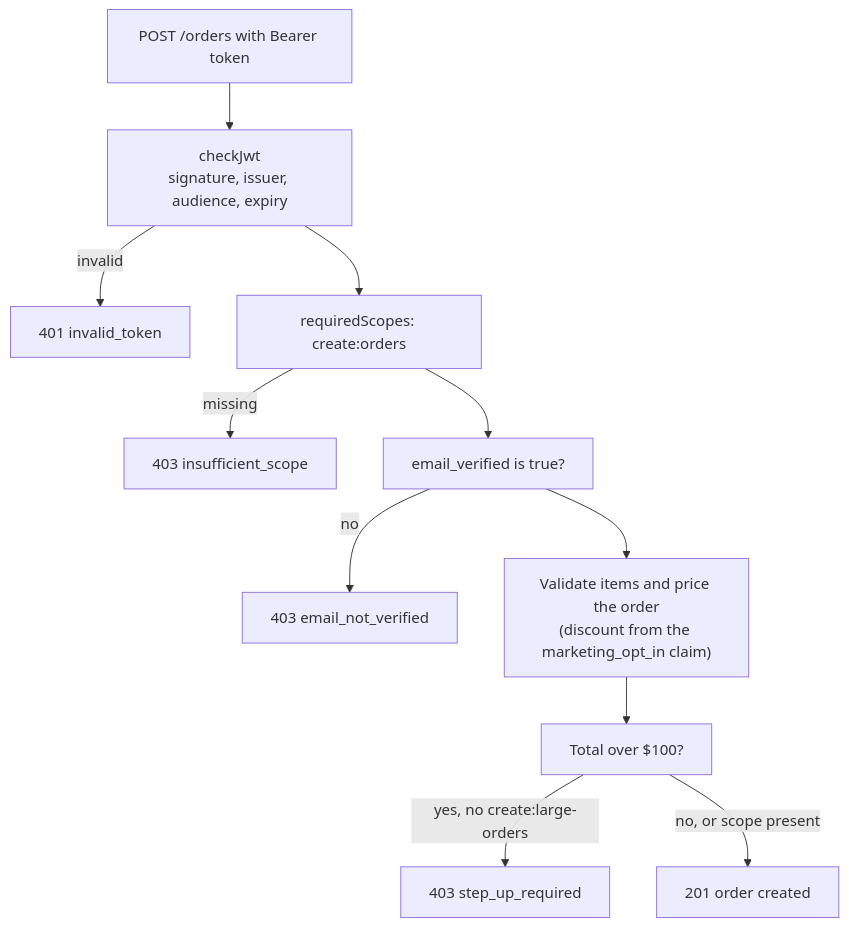
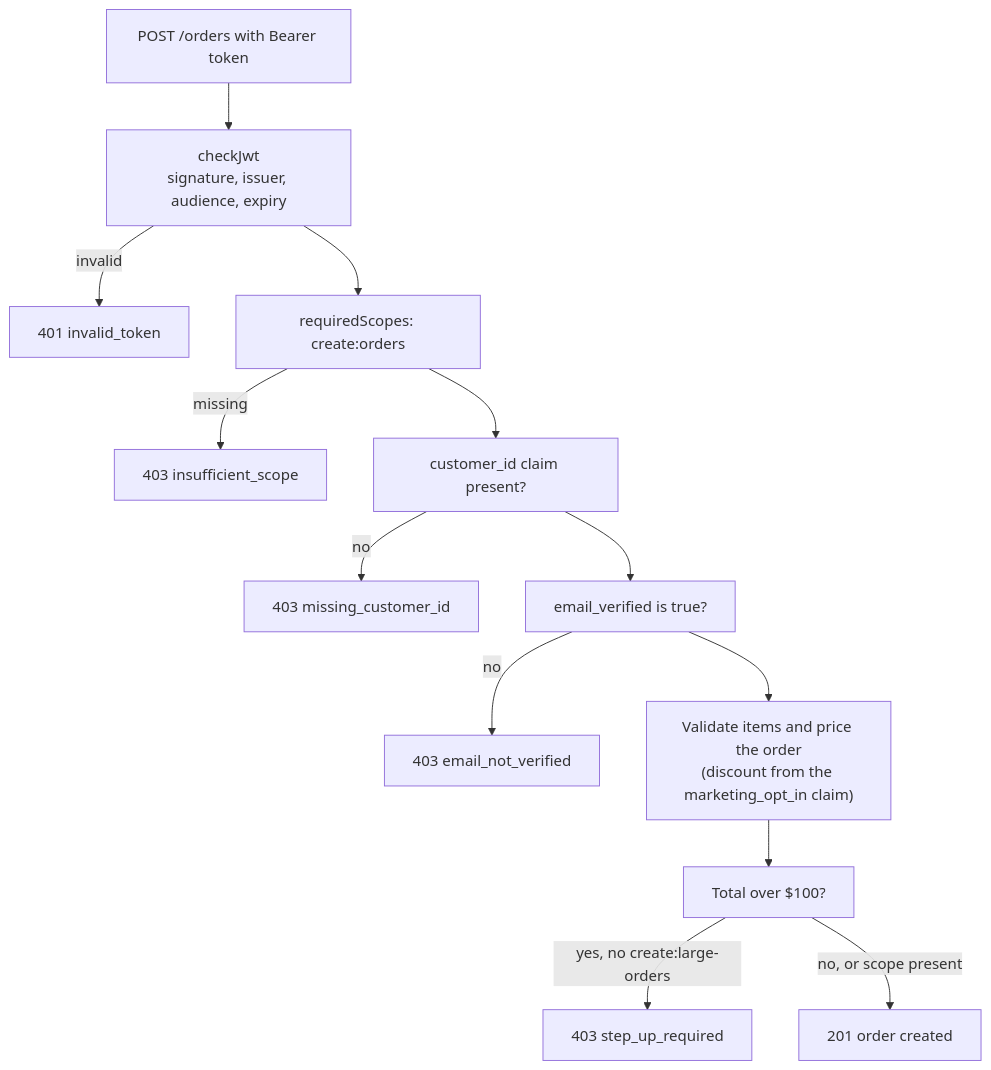
Before and after one commit to MattM-1/pizza-42-api: the diagram in README.md, drawn with Mermaid. The commit also changed other lines of this file and 1 other file, not shown here.

Commit message:
key orders by the customer_id claim instead of sub; reject tokens without it

````diff
--- a/README.md
+++ b/README.md
@@ -31,13 +32,15 @@
 ```mermaid
 flowchart TD
   R["POST /orders with Bearer token"] --> J["checkJwt<br/>signature, issuer, audience, expiry"]
   J -- "invalid" --> E401["401 invalid_token"]
   J --> S["requiredScopes: create:orders"]
   S -- "missing" --> E403a["403 insufficient_scope"]
-  S --> V["email_verified is true?"]
+  S --> C["customer_id claim present?"]
+  C -- "no" --> E403d["403 missing_customer_id"]
+  C --> V["email_verified is true?"]
   V -- "no" --> E403b["403 email_not_verified"]
   V --> P["Validate items and price the order<br/>(discount from the marketing_opt_in claim)"]
   P --> L["Total over $100?"]
   L -- "yes, no create:large-orders" --> E403c["403 step_up_required"]
   L -- "no, or scope present" --> OK["201 order created"]
 ```
````
